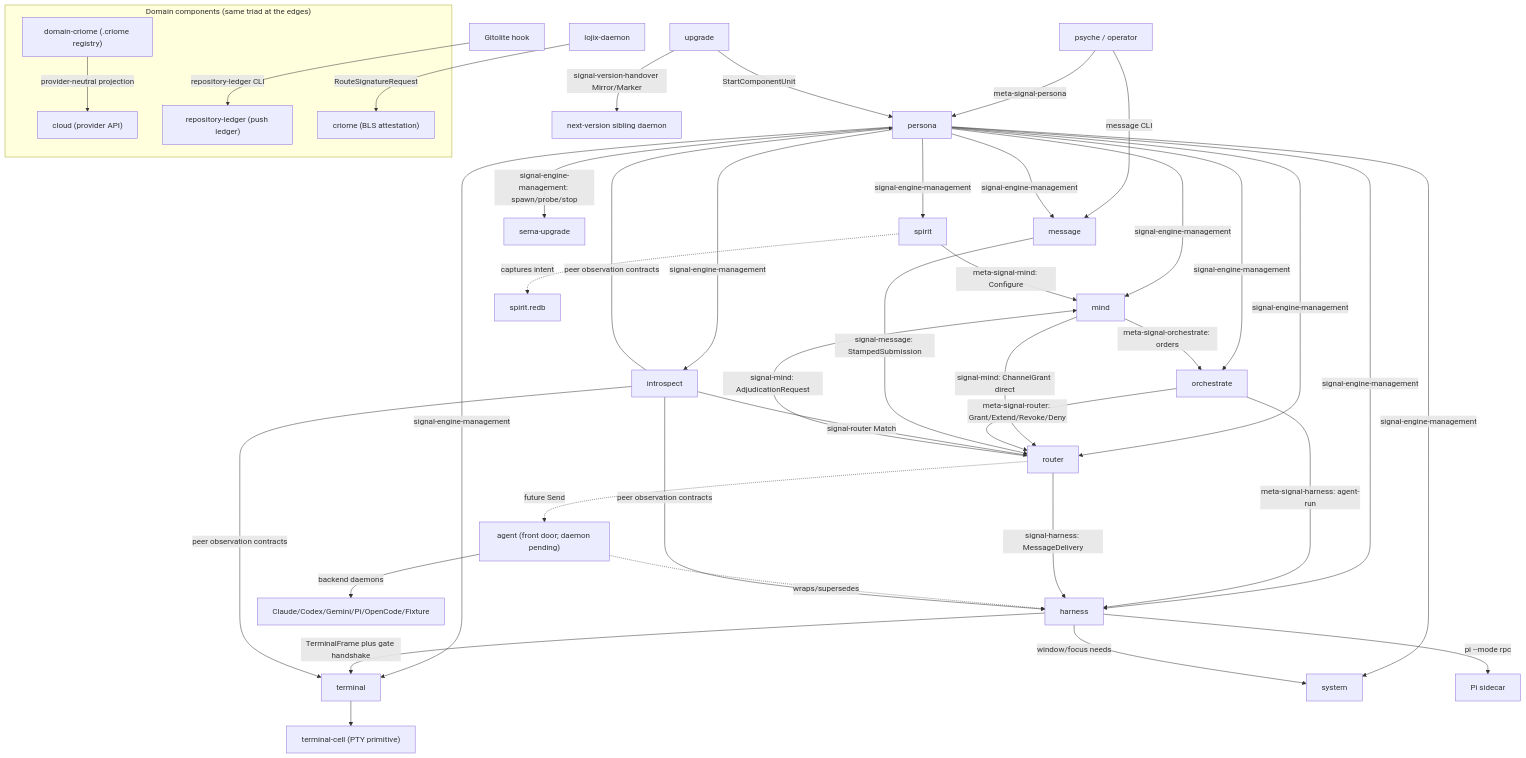
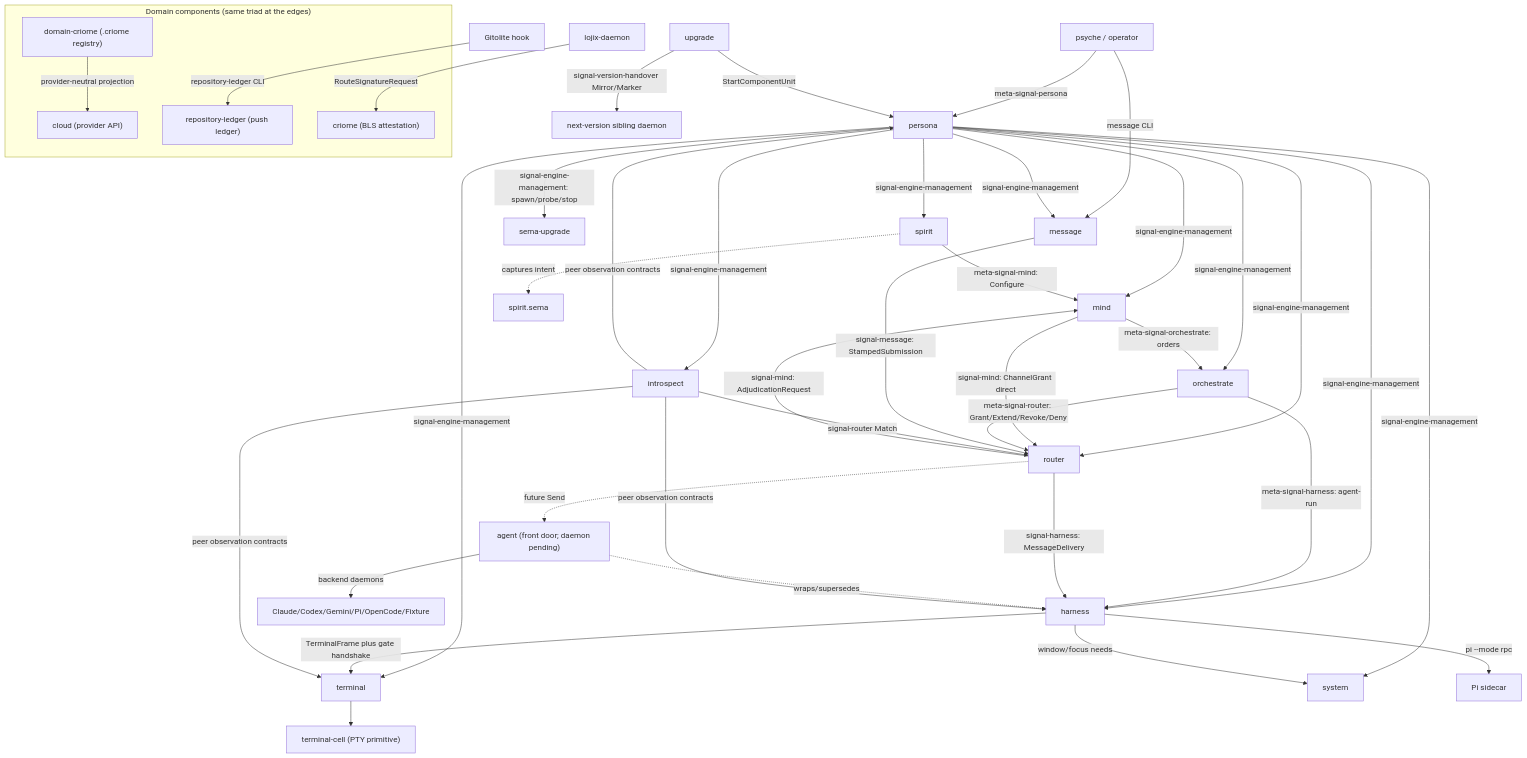
One commit to LiGoldragon/primary changed the second of 8 diagrams in reports/designer/548-persona-meta-engine-vision.md. Above: the diagram before and after it, drawn with Mermaid. The commit also changed other lines of this file and 1 other file, not shown here.

````diff
--- a/reports/designer/548-persona-meta-engine-vision.md
+++ b/reports/designer/548-persona-meta-engine-vision.md
@@ -109,55 +109,55 @@
 ```mermaid
 graph TD
   PSY["psyche / operator"]
 
   PSY -->|meta-signal-persona| persona
   PSY -->|message CLI| message
 
   persona -->|signal-engine-management: spawn/probe/stop| semaupg["sema-upgrade"]
   persona -->|signal-engine-management| mind
   persona -->|signal-engine-management| orchestrate
   persona -->|signal-engine-management| router
   persona -->|signal-engine-management| harness
   persona -->|signal-engine-management| terminal
   persona -->|signal-engine-management| message
   persona -->|signal-engine-management| introspect
   persona -->|signal-engine-management| system
   persona -->|signal-engine-management| spirit
 
   spirit -->|meta-signal-mind: Configure| mind
   mind -->|meta-signal-orchestrate: orders| orchestrate
   mind -->|signal-mind: ChannelGrant direct| router
   orchestrate -->|meta-signal-router: Grant/Extend/Revoke/Deny| router
   orchestrate -->|meta-signal-harness: agent-run| harness
 
   message -->|signal-message: StampedSubmission| router
   router -->|signal-harness: MessageDelivery| harness
   router -->|signal-mind: AdjudicationRequest| mind
   harness -->|TerminalFrame plus gate handshake| terminal
   harness -->|window/focus needs| system
   terminal --> cell["terminal-cell (PTY primitive)"]
   harness -->|pi --mode rpc| pi["Pi sidecar"]
   agent["agent (front door; daemon pending)"] -.wraps/supersedes.-> harness
   router -.future Send.-> agent
   agent -->|backend daemons| backends["Claude/Codex/Gemini/Pi/OpenCode/Fixture"]
 
   introspect -->|signal-router Match| router
   introspect -->|peer observation contracts| harness
   introspect -->|peer observation contracts| terminal
   introspect -->|peer observation contracts| persona
 
   upgrade -->|StartComponentUnit| persona
   upgrade -->|signal-version-handover Mirror/Marker| versdaemon["next-version sibling daemon"]
 
-  spirit -.captures intent.-> spiritdb["spirit.redb"]
+  spirit -.captures intent.-> spiritdb["spirit.sema"]
 
   subgraph Domain["Domain components (same triad at the edges)"]
     cloud["cloud (provider API)"]
     domaincriome["domain-criome (.criome registry)"]
     repoledger["repository-ledger (push ledger)"]
     criome["criome (BLS attestation)"]
   end
   domaincriome -->|provider-neutral projection| cloud
   gitolite["Gitolite hook"] -->|repository-ledger CLI| repoledger
   lojix["lojix-daemon"] -->|RouteSignatureRequest| criome
 ```
````
